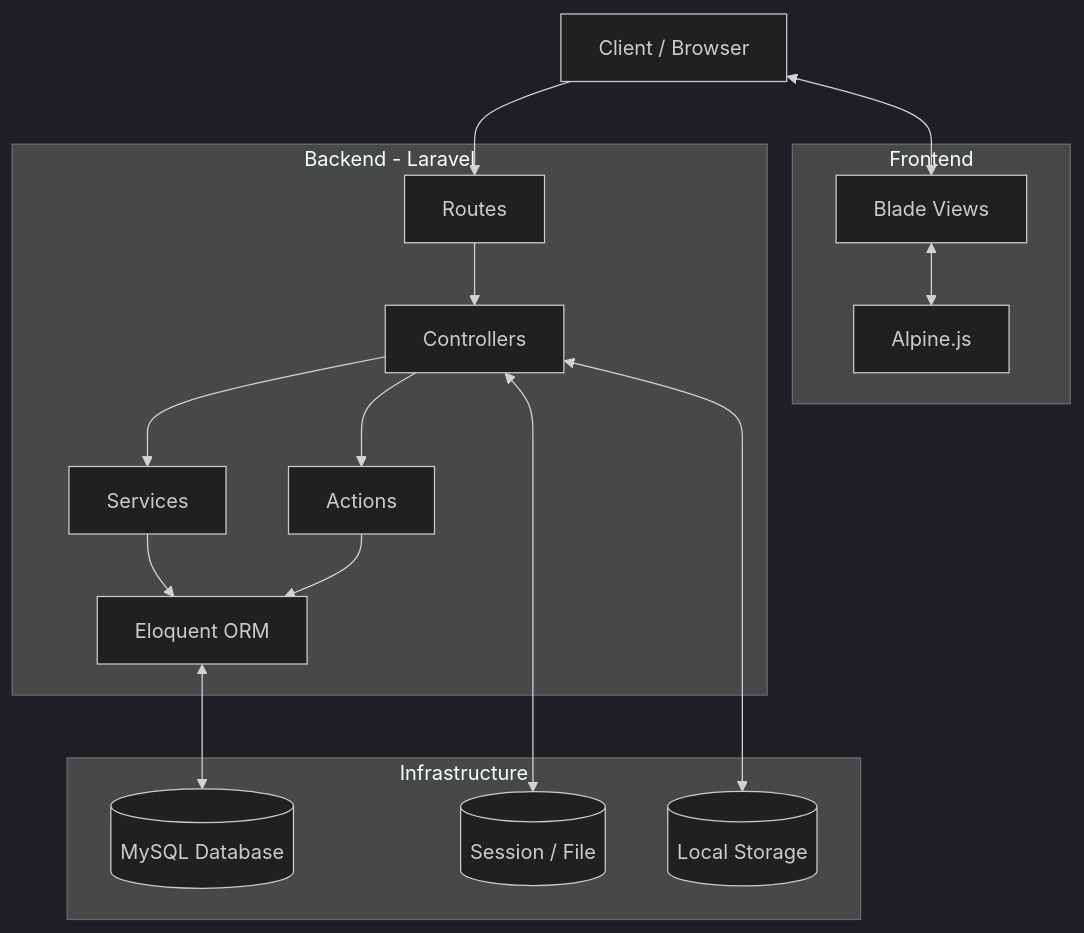
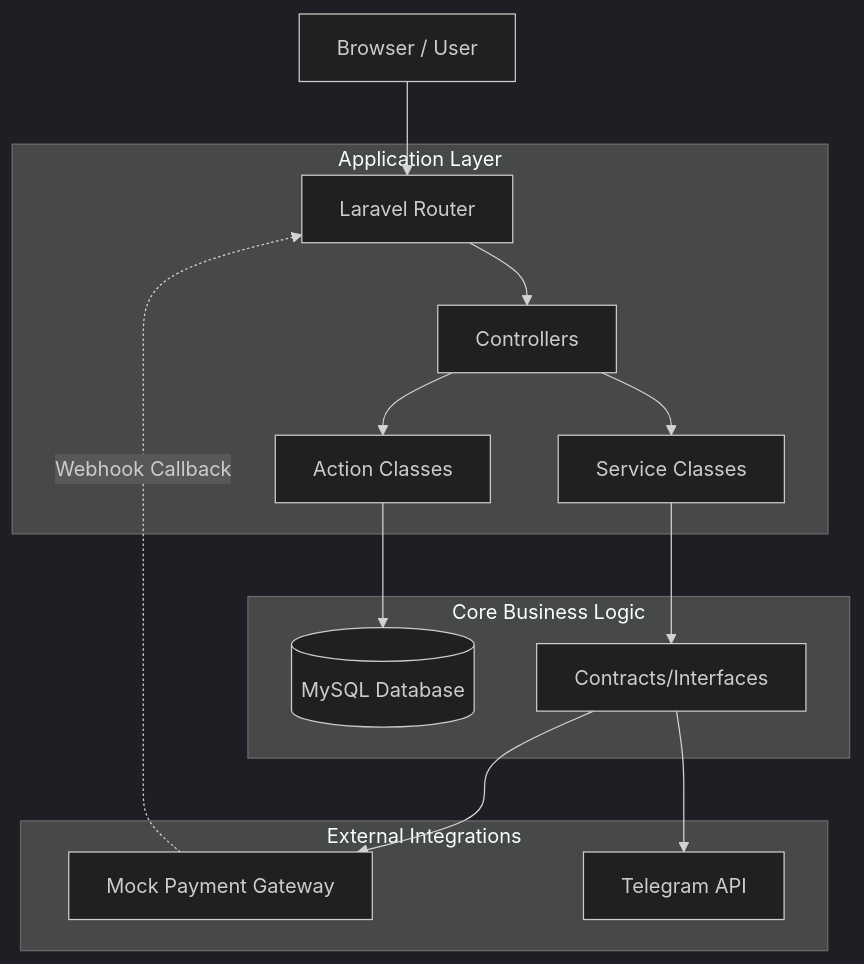
Before and after one commit to altafhermansyah/Ospekrite: the diagram in docs/01-overview.md, drawn with Mermaid (dark theme). The commit also changed other lines of this file and 32 other files, not shown here.

Commit message:
feat: implement order checkout, payment lifecycle, mock payment services, and telegram notif with documentation

````diff
--- a/docs/01-overview.md
+++ b/docs/01-overview.md
@@ -41,35 +38,22 @@
 ```mermaid
-graph TD
-    Client[Client / Browser]
+flowchart TD
+    Client[Browser / User] --> Router[Laravel Router]
     
-    subgraph Frontend
-        Blade[Blade Views]
-        Alpine[Alpine.js]
+    subgraph "Application Layer"
+        Router --> Controllers[Controllers]
+        Controllers --> Actions[Action Classes]
+        Controllers --> Services[Service Classes]
     end
     
-    subgraph Backend - Laravel
-        Router[Routes]
-        Controllers[Controllers]
-        Services[Services]
-        Actions[Actions]
-        Models[Eloquent ORM]
+    subgraph "Core Business Logic"
+        Actions --> DB[(MySQL Database)]
+        Services --> Interfaces[Contracts/Interfaces]
     end
     
-    subgraph Infrastructure
-        MySQL[(MySQL Database)]
-        Session[(Session / File)]
-        Storage[(Local Storage)]
+    subgraph "External Integrations"
+        Interfaces --> MockGate[Mock Payment Gateway]
+        Interfaces --> TeleGate[Telegram API]
     end
     
-    Client <--> Blade
-    Blade <--> Alpine
-    Client --> Router
-    Router --> Controllers
-    Controllers --> Services
-    Controllers --> Actions
-    Services --> Models
-    Actions --> Models
-    Models <--> MySQL
-    Controllers <--> Session
-    Controllers <--> Storage
+    MockGate -. Webhook Callback .-> Router
 ```
````
